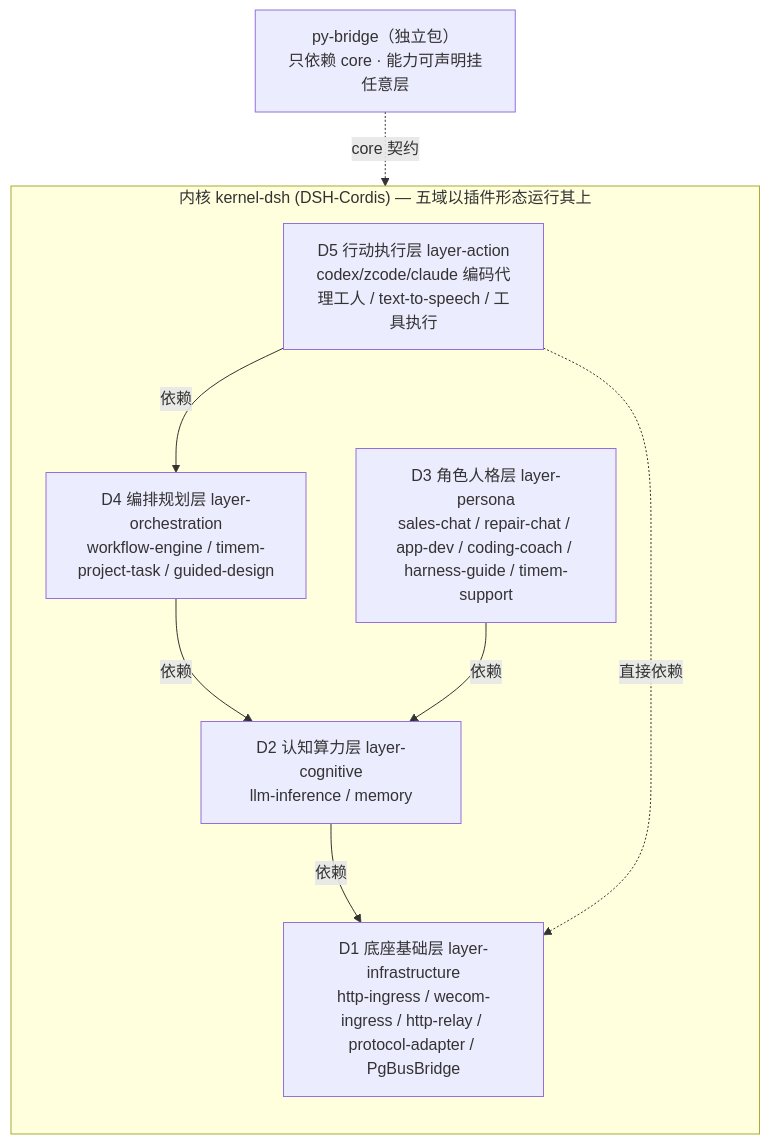
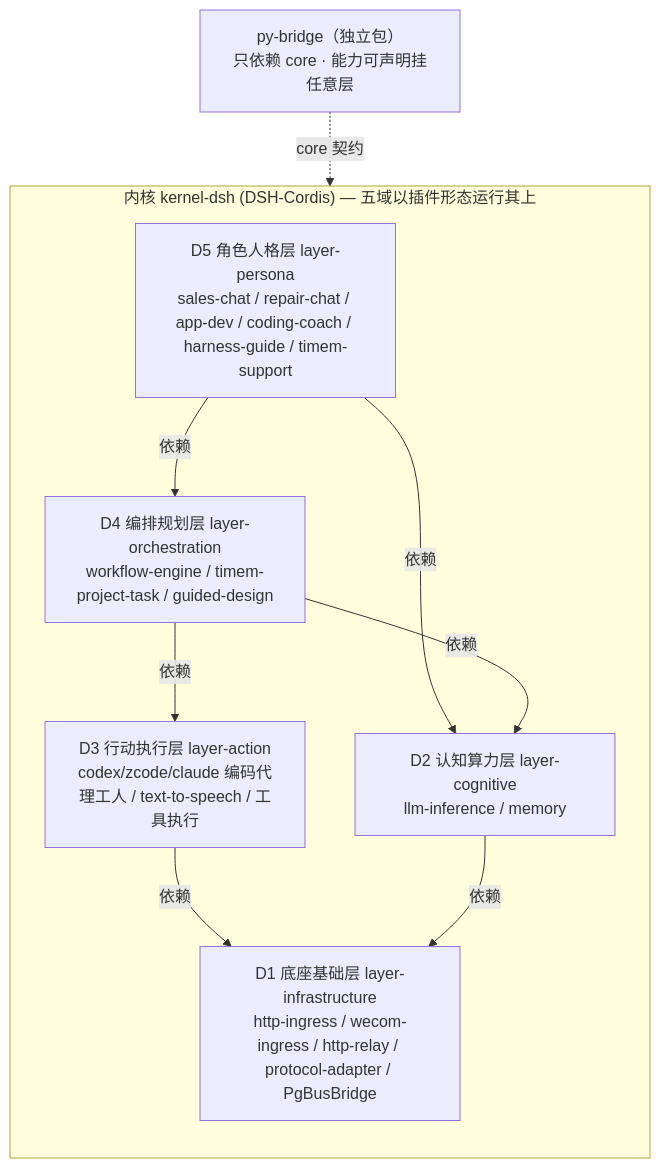
Before and after one commit to AIGility-Cloud-Innovation/aigility-harness: the second of 2 diagrams in README.md, drawn with Mermaid. The commit also changed other lines of this file and 5 other files, not shown here.

````diff
--- a/README.md
+++ b/README.md
@@ -105,18 +105,19 @@
 ```mermaid
 flowchart TB
     subgraph KERNEL["内核 kernel-dsh (DSH-Cordis) — 五域以插件形态运行其上"]
         direction TB
-        D5["D5 行动执行层 layer-action<br/>codex/zcode/claude 编码代理工人 / text-to-speech / 工具执行"]
+        D5["D5 角色人格层 layer-persona<br/>sales-chat / repair-chat / app-dev / coding-coach / harness-guide / timem-support"]
         D4["D4 编排规划层 layer-orchestration<br/>workflow-engine / timem-project-task / guided-design"]
-        D3["D3 角色人格层 layer-persona<br/>sales-chat / repair-chat / app-dev / coding-coach / harness-guide / timem-support"]
+        D3["D3 行动执行层 layer-action<br/>codex/zcode/claude 编码代理工人 / text-to-speech / 工具执行"]
         D2["D2 认知算力层 layer-cognitive<br/>llm-inference / memory"]
         D1["D1 底座基础层 layer-infrastructure<br/>http-ingress / wecom-ingress / http-relay / protocol-adapter / PgBusBridge"]
         D5 -->|依赖| D4
+        D5 -->|依赖| D2
         D4 -->|依赖| D2
-        D3 -->|依赖| D2
+        D4 -->|依赖| D3
+        D3 -->|依赖| D1
         D2 -->|依赖| D1
-        D5 -.->|直接依赖| D1
     end
     PYB["py-bridge（独立包）<br/>只依赖 core · 能力可声明挂任意层"]
     PYB -.->|core 契约| KERNEL
 ```
````
